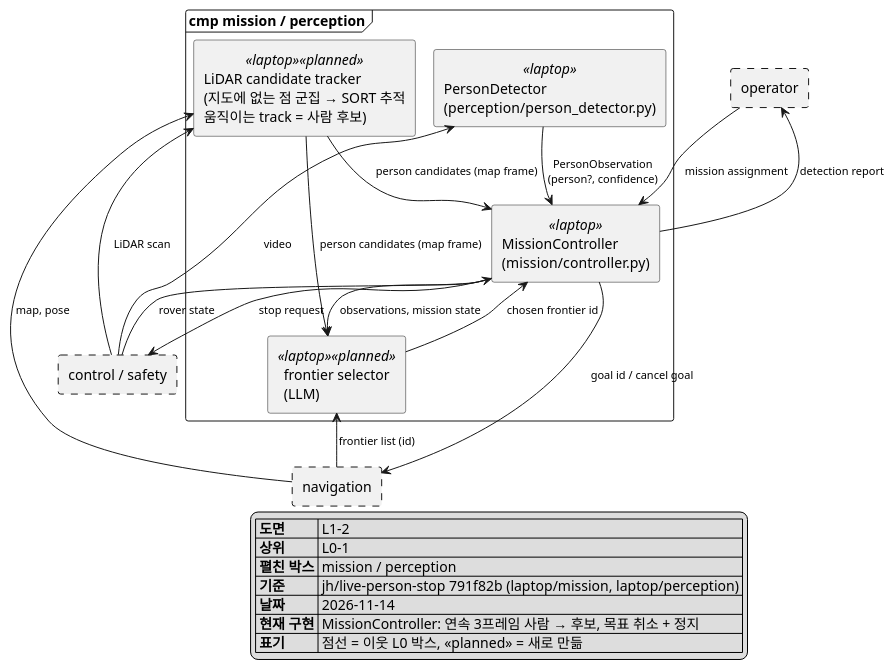
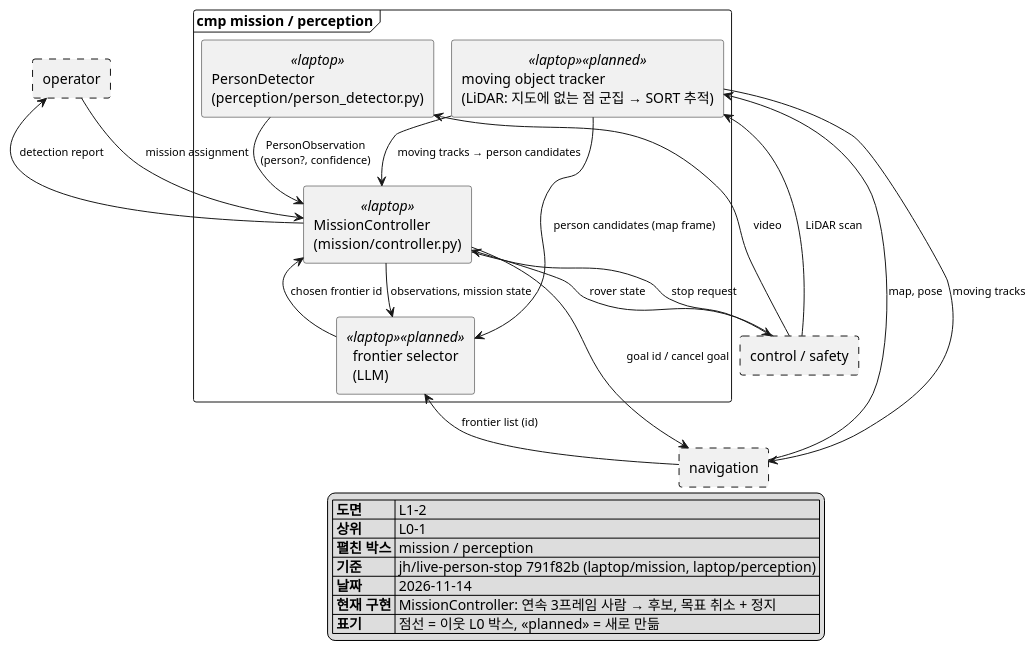
The diagram in docs/architecture/L1-2_mission_perception.puml (Ruysong/autonomous-rescue-rover), drawn with PlantUML before and after one commit. The commit also changed 6 other files, not shown here.

Commit message:
docs: moving object tracker feeds person candidates, mapping filter, costmap

```diff
--- a/docs/architecture/L1-2_mission_perception.puml
+++ b/docs/architecture/L1-2_mission_perception.puml
@@ -1,49 +1,50 @@
 @startuml L1-2_mission_perception
 !pragma layout smetana
 skinparam monochrome true
 skinparam shadowing false
 skinparam defaultFontName "Malgun Gothic"
 skinparam componentStyle rectangle
 skinparam ArrowFontSize 11
 top to bottom direction
 
 rectangle "operator" as OPERATOR #line.dashed
 
 frame "cmp mission / perception" {
   component "PersonDetector\n(perception/person_detector.py)" <<laptop>> as DETECT
-  component "LiDAR candidate tracker\n(지도에 없는 점 군집 → SORT 추적\n움직이는 track = 사람 후보)" <<laptop>> <<planned>> as TRACKER
+  component "moving object tracker\n(LiDAR: 지도에 없는 점 군집 → SORT 추적)" <<laptop>> <<planned>> as TRACKER
   component "MissionController\n(mission/controller.py)" <<laptop>> as MC
   component "frontier selector\n(LLM)" <<laptop>> <<planned>> as LLM
 }
 
 rectangle "navigation" as NAV #line.dashed
 rectangle "control / safety" as CONTROL #line.dashed
 
 OPERATOR --> MC : mission assignment
 MC -up-> OPERATOR : detection report
 
 CONTROL -up-> DETECT : video
 DETECT --> MC : PersonObservation\n(person?, confidence)
 CONTROL -up-> MC : rover state
 
 CONTROL -up-> TRACKER : LiDAR scan
 NAV -up-> TRACKER : map, pose
-TRACKER --> MC : person candidates (map frame)
+TRACKER --> MC : moving tracks → person candidates
+TRACKER --> NAV : moving tracks
 TRACKER --> LLM : person candidates (map frame)
 
 NAV -up-> LLM : frontier list (id)
 MC --> LLM : observations, mission state
 LLM --> MC : chosen frontier id
 MC --> NAV : goal id / cancel goal
 MC --> CONTROL : stop request
 
 legend bottom right
   |= 도면 | L1-2 |
   |= 상위 | L0-1 |
   |= 펼친 박스 | mission / perception |
   |= 기준 | jh/live-person-stop 791f82b (laptop/mission, laptop/perception) |
   |= 날짜 | 2026-11-14 |
   |= 현재 구현 | MissionController: 연속 3프레임 사람 → 후보, 목표 취소 + 정지 |
   |= 표기 | 점선 = 이웃 L0 박스, <<planned>> = 새로 만듦 |
 endlegend
 @enduml
```
